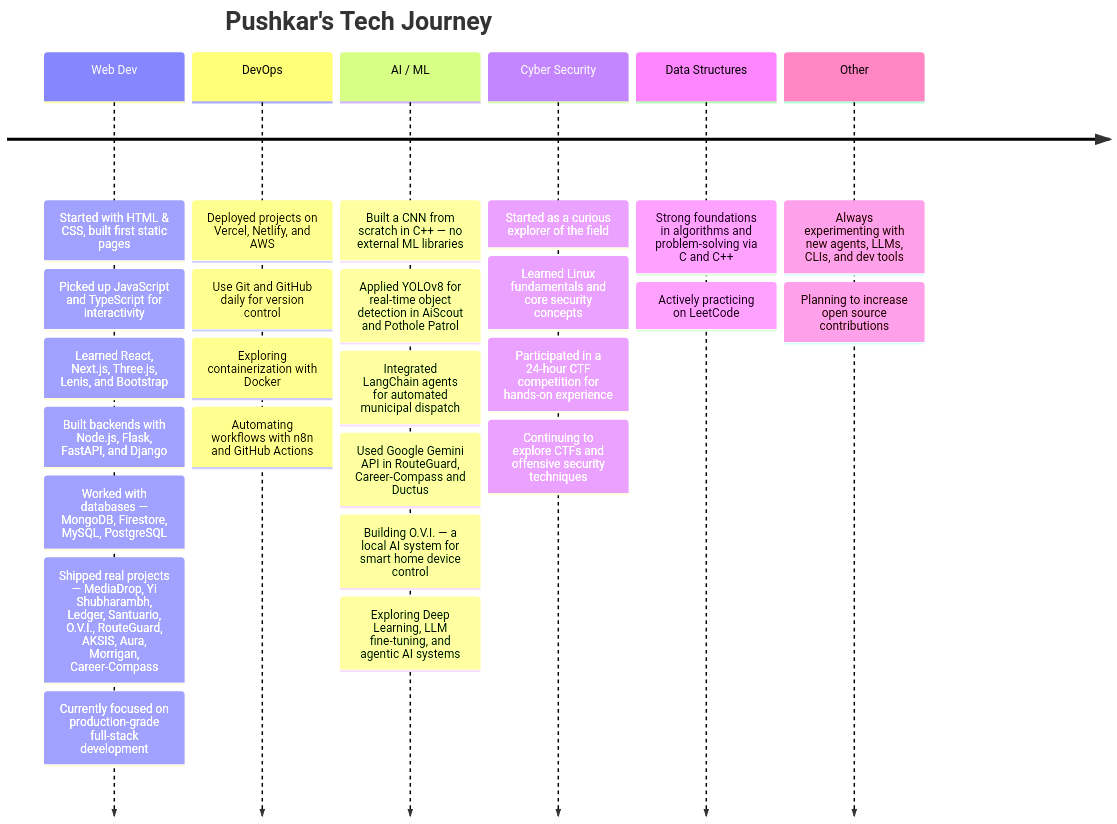
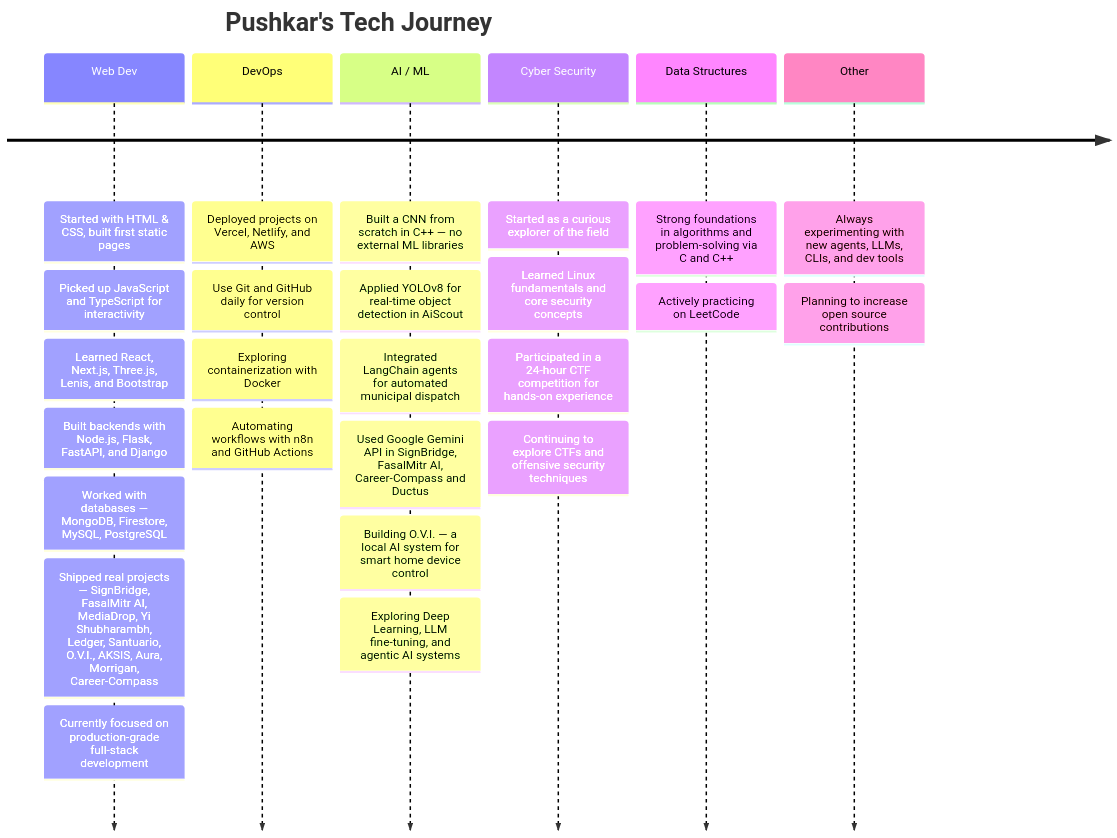
One commit to pushkar156/pushkar156 changed the diagram in README.md. Above: the diagram before and after it, drawn with Mermaid. The commit also changed other lines of this file, not shown here.

Commit message:
docs: remove private repositories (RouteGuard and Pothole Patrol) from README

````diff
--- a/README.md
+++ b/README.md
@@ -303,35 +303,35 @@
 ```mermaid
 timeline
     title Pushkar's Tech Journey
     Web Dev
         : Started with HTML & CSS, built first static pages
         : Picked up JavaScript and TypeScript for interactivity
         : Learned React, Next.js, Three.js, Lenis, and Bootstrap
         : Built backends with Node.js, Flask, FastAPI, and Django
         : Worked with databases — MongoDB, Firestore, MySQL, PostgreSQL
-        : Shipped real projects — MediaDrop, Yi Shubharambh, Ledger, Santuario, O.V.I., RouteGuard, AKSIS, Aura, Morrigan, Career-Compass
+        : Shipped real projects — SignBridge, FasalMitr AI, MediaDrop, Yi Shubharambh, Ledger, Santuario, O.V.I., AKSIS, Aura, Morrigan, Career-Compass
         : Currently focused on production-grade full-stack development
     DevOps
         : Deployed projects on Vercel, Netlify, and AWS
         : Use Git and GitHub daily for version control
         : Exploring containerization with Docker
         : Automating workflows with n8n and GitHub Actions
     AI / ML
         : Built a CNN from scratch in C++ — no external ML libraries
-        : Applied YOLOv8 for real-time object detection in AiScout and Pothole Patrol
+        : Applied YOLOv8 for real-time object detection in AiScout
         : Integrated LangChain agents for automated municipal dispatch
-        : Used Google Gemini API in RouteGuard, Career-Compass and Ductus
+        : Used Google Gemini API in SignBridge, FasalMitr AI, Career-Compass and Ductus
         : Building O.V.I. — a local AI system for smart home device control
         : Exploring Deep Learning, LLM fine-tuning, and agentic AI systems
     Cyber Security
         : Started as a curious explorer of the field
         : Learned Linux fundamentals and core security concepts
         : Participated in a 24-hour CTF competition for hands-on experience
         : Continuing to explore CTFs and offensive security techniques
     Data Structures
         : Strong foundations in algorithms and problem-solving via C and C++
         : Actively practicing on LeetCode
     Other
         : Always experimenting with new agents, LLMs, CLIs, and dev tools
         : Planning to increase open source contributions
 ```
````
